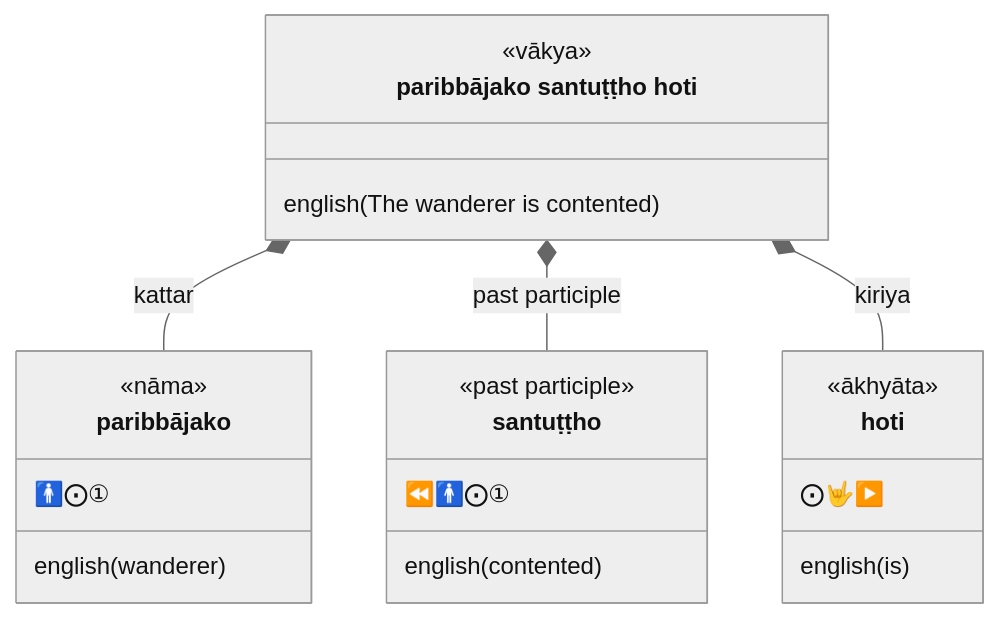
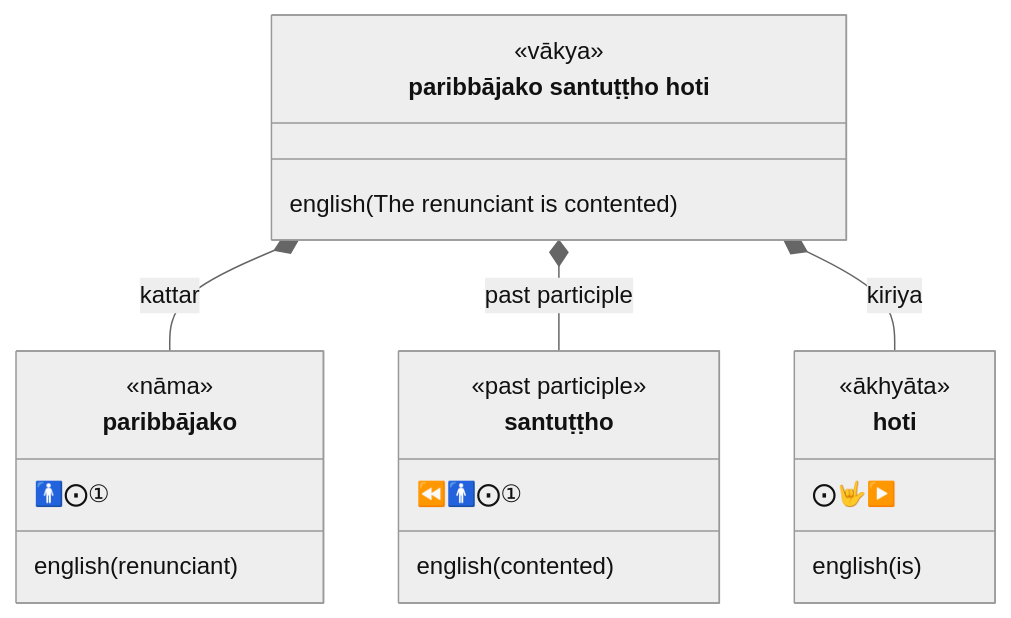
Before and after one commit to ChristineTham/buddhavacana: diagram 26 of 60 in src/content/docs/Pali/sentences.md, drawn with Mermaid (neutral theme). The commit also changed 18 other files, not shown here.

````diff
--- a/src/content/docs/Pali/sentences.md
+++ b/src/content/docs/Pali/sentences.md
@@ -837,25 +837,25 @@
 ```mermaid
 classDiagram
   class sentence["paribbājako santuṭṭho hoti"] {
     <<vākya>>
-    english(The wanderer is contented)
+    english(The renunciant is contented)
   }
   class paribbājako {
     <<nāma>>
     🚹⨀①
-    english(wanderer)
+    english(renunciant)
   }
   class santuṭṭho {
     <<past participle>>
     ⏪🚹⨀①
     english(contented)
   }
   class hoti {
     <<ākhyāta>>
      ⨀🤟▶️
     english(is)
   }
   sentence *-- paribbājako : kattar
   sentence *-- santuṭṭho : past participle
   sentence *-- hoti: kiriya
 ```
````
